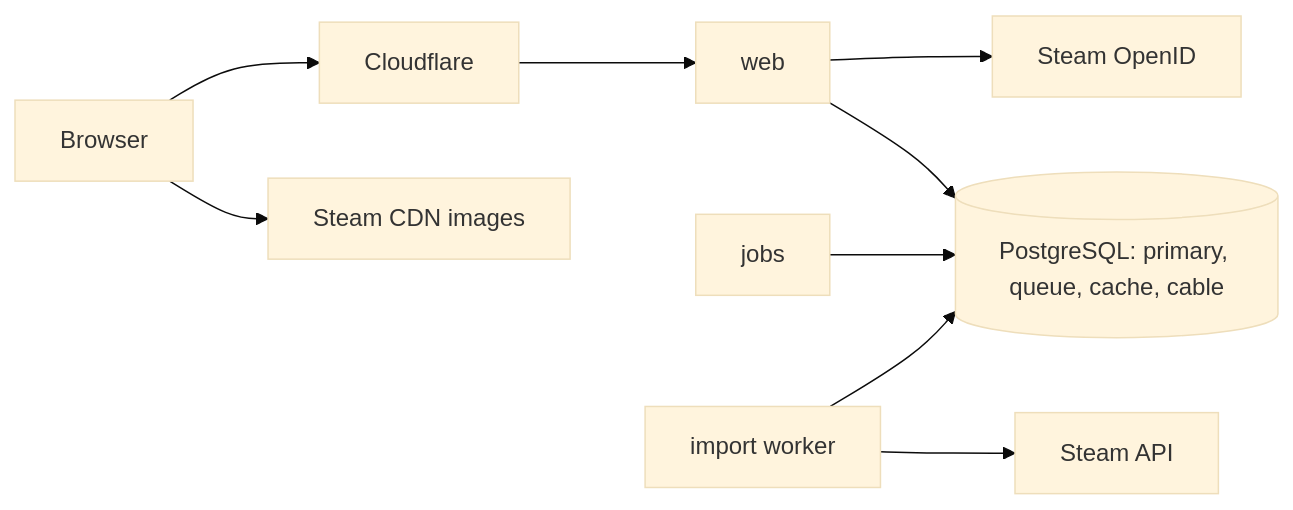
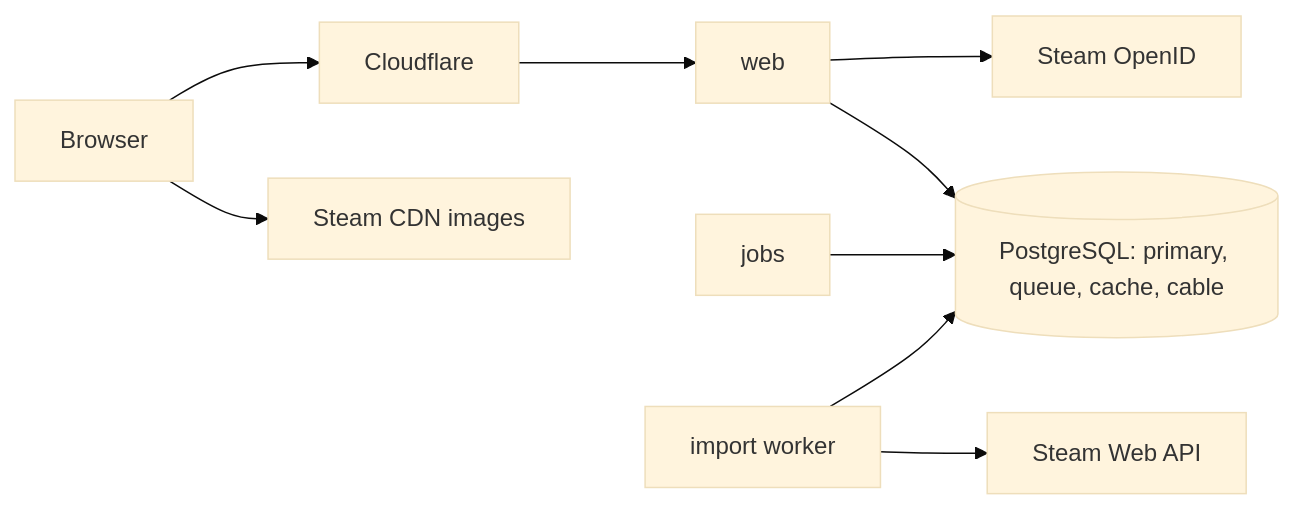
One commit to theiereman/gameble changed the second of 3 diagrams in _bmad-output/initiative-gameble/architecture-gameble/architecture-gameble.md. Above: the diagram before and after it, drawn with Mermaid (base theme). The commit also changed other lines of this file and 6 other files, not shown here.

First line of the commit message:
docs: architecture absorbs the space-terminal redesign (draft)

````diff
--- a/_bmad-output/initiative-gameble/architecture-gameble/architecture-gameble.md
+++ b/_bmad-output/initiative-gameble/architecture-gameble/architecture-gameble.md
@@ -282,10 +396,10 @@
 ```mermaid
 graph LR
   B[Browser] --> CF[Cloudflare] --> W[web]
   B --> CDN[Steam CDN images]
   W --> PG[(PostgreSQL: primary, queue, cache, cable)]
   W --> OID[Steam OpenID]
   J[jobs] --> PG
   I[import worker] --> PG
-  I --> API[Steam API]
+  I --> API[Steam Web API]
 ```
````
